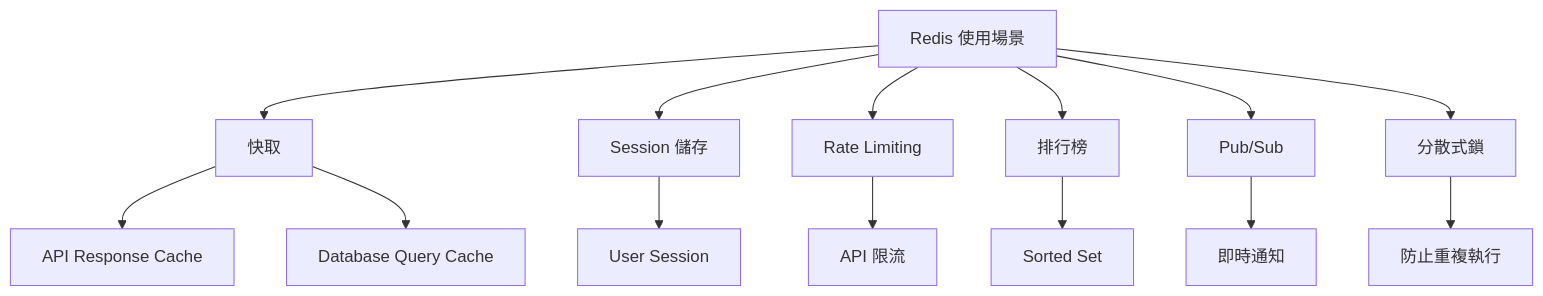
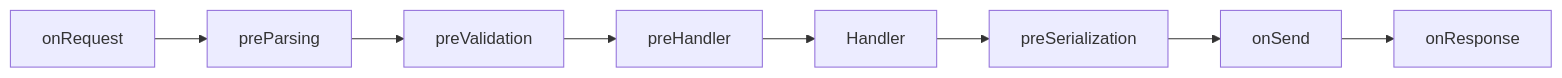
Diagram 15 of 30 in content/posts/教學/framework/Node.js生態系教學手冊.md (chihhung/Blog), drawn with Mermaid before and after one commit. The commit also changed other lines of this file, not shown here.

````diff
--- a/content/posts/教學/framework/Node.js生態系教學手冊.md
+++ b/content/posts/教學/framework/Node.js生態系教學手冊.md
@@ -2589,17 +4384,10 @@
 ```mermaid
-graph TD
-    A[Redis 使用場景] --> B[快取]
-    A --> C[Session 儲存]
-    A --> D[Rate Limiting]
-    A --> E[排行榜]
-    A --> F[Pub/Sub]
-    A --> G[分散式鎖]
-    
-    B --> B1[API Response Cache]
-    B --> B2[Database Query Cache]
-    C --> C1[User Session]
-    D --> D1[API 限流]
-    E --> E1[Sorted Set]
-    F --> F1[即時通知]
-    G --> G1[防止重複執行]
+graph LR
+    A[onRequest] --> B[preParsing]
+    B --> C[preValidation]
+    C --> D[preHandler]
+    D --> E[Handler]
+    E --> F[preSerialization]
+    F --> G[onSend]
+    G --> H[onResponse]
 ```
````
